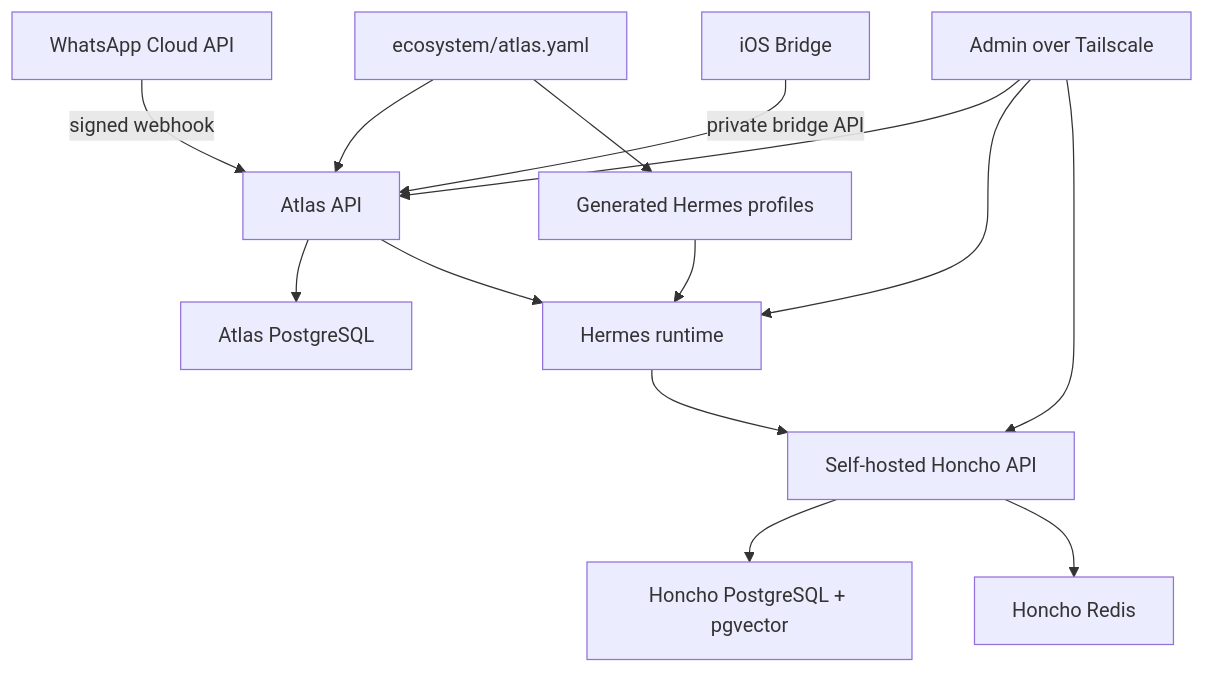
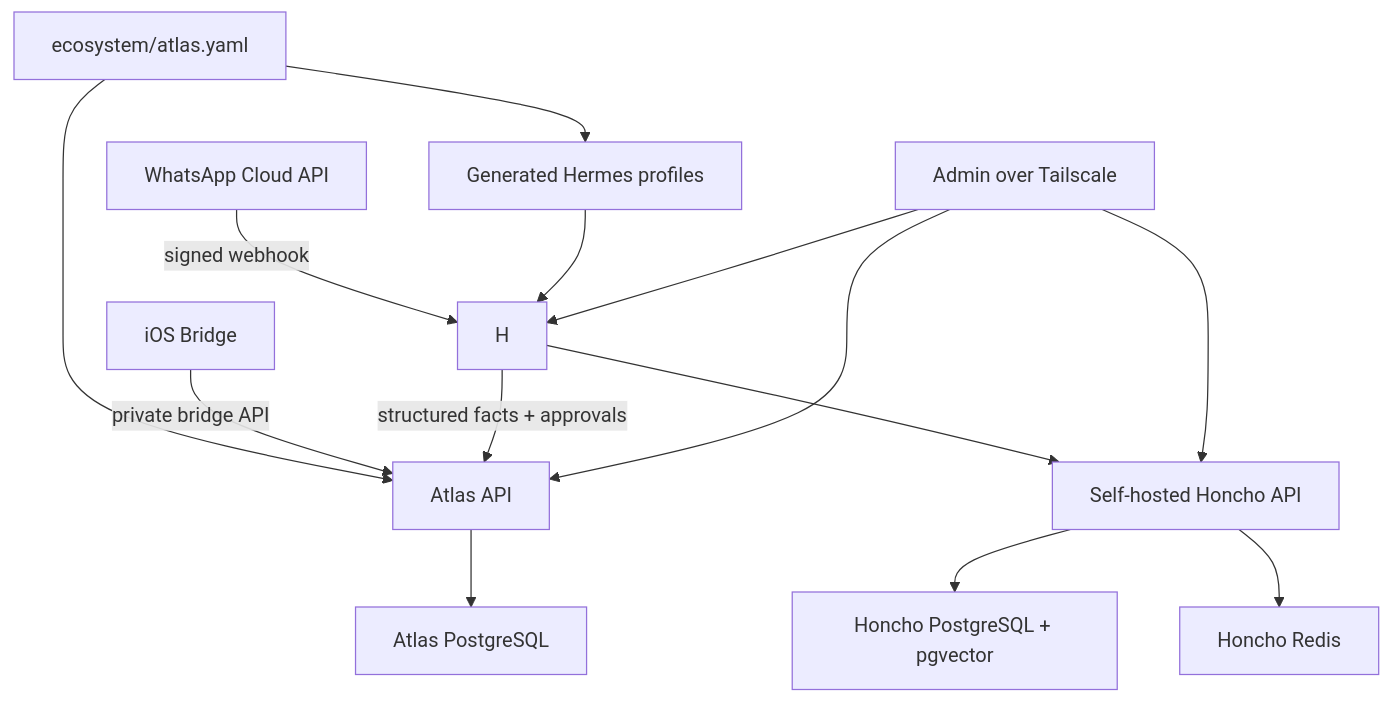
Before and after one commit to itspalomo/project-atlas: the diagram in docs/architecture.md, drawn with Mermaid. The commit also changed other lines of this file and 20 other files, not shown here.

Commit message:
Use Hermes-native WhatsApp and Honcho config

````diff
--- a/docs/architecture.md
+++ b/docs/architecture.md
@@ -28,16 +29,16 @@
 ```mermaid
 flowchart TD
   CFG["ecosystem/atlas.yaml"] --> API["Atlas API"]
   CFG --> PROF["Generated Hermes profiles"]
-  WA["WhatsApp Cloud API"] -->|"signed webhook"| API
+  WA["WhatsApp Cloud API"] -->|"signed webhook"| H
   IOS["iOS Bridge"] -->|"private bridge API"| API
   API --> PG["Atlas PostgreSQL"]
-  API --> H["Hermes runtime"]
+  H -->|"structured facts + approvals"| API
   H --> HC["Self-hosted Honcho API"]
   HC --> HPG["Honcho PostgreSQL + pgvector"]
   HC --> HR["Honcho Redis"]
   PROF --> H
   Admin["Admin over Tailscale"] --> API
   Admin --> H
   Admin --> HC
 ```
````
